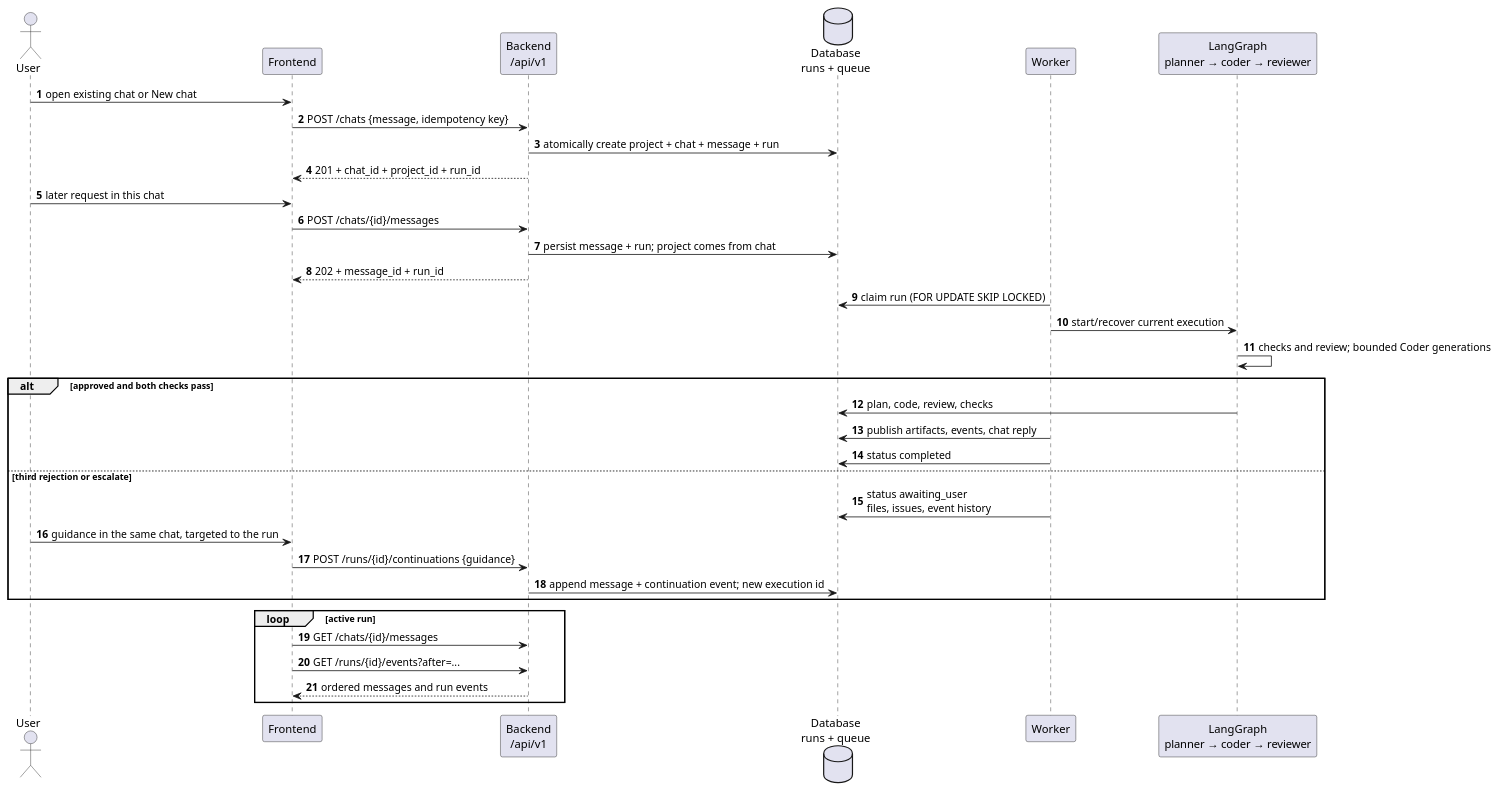
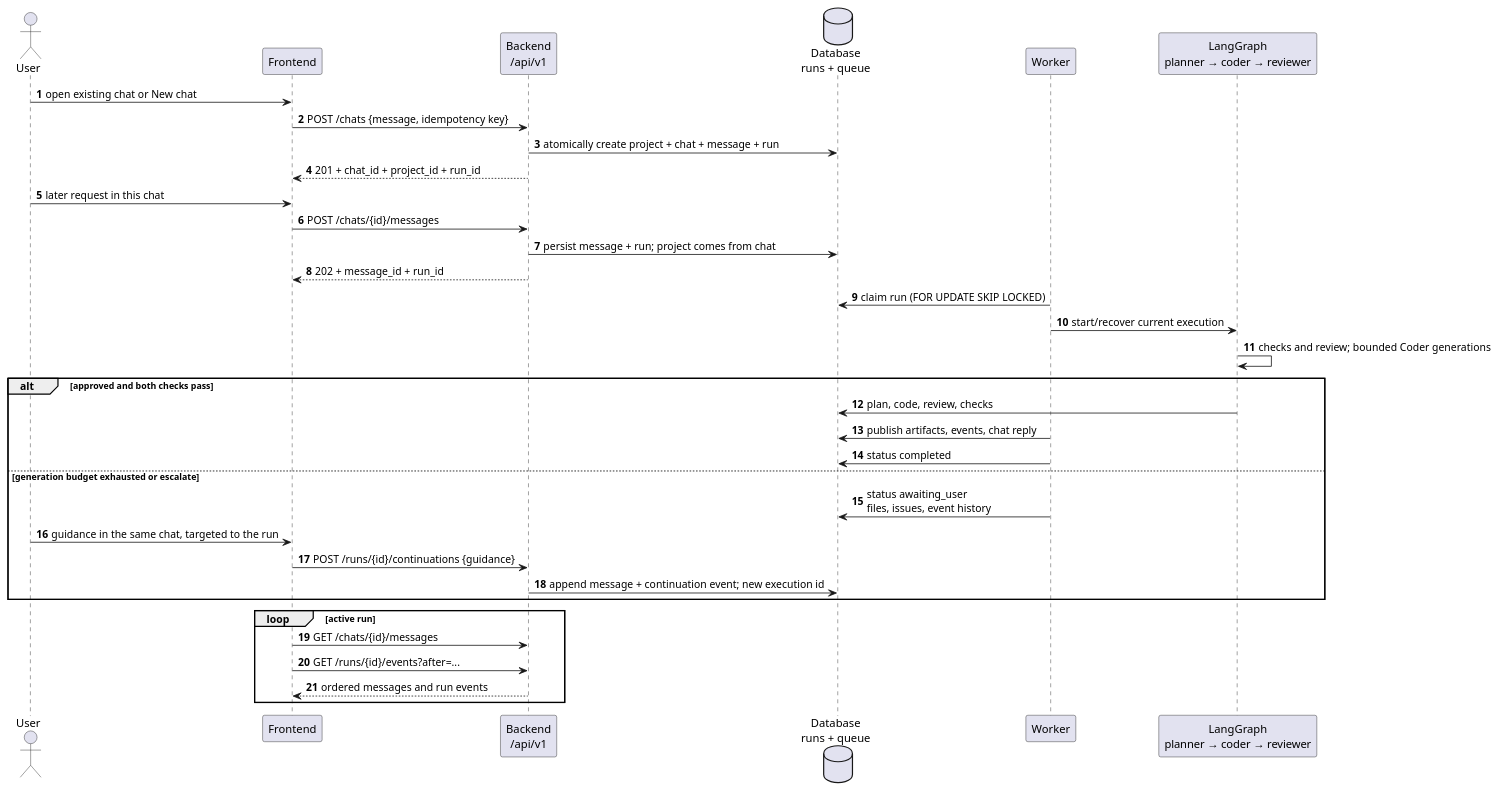
The second of 7 diagrams in docs/architecture.md (gdpe-franco/ai-coding-agent-pipeline), drawn with PlantUML before and after one commit. The commit also changed other lines of this file and 25 other files, not shown here.

````diff
--- a/docs/architecture.md
+++ b/docs/architecture.md
@@ -109,41 +109,41 @@
 ```puml
 @startuml
 !pragma layout smetana
 skinparam backgroundColor white
 skinparam shadowing false
 autonumber
 actor User
 participant "Frontend" as fe
 participant "Backend\n/api/v1" as api
 database "Database\nruns + queue" as db
 participant "Worker" as worker
 participant "LangGraph\nplanner → coder → reviewer" as graph
 
 User -> fe : open existing chat or New chat
 fe -> api : POST /chats {message, idempotency key}
 api -> db : atomically create project + chat + message + run
 api --> fe : 201 + chat_id + project_id + run_id
 User -> fe : later request in this chat
 fe -> api : POST /chats/{id}/messages
 api -> db : persist message + run; project comes from chat
 api --> fe : 202 + message_id + run_id
 worker -> db : claim run (FOR UPDATE SKIP LOCKED)
 worker -> graph : start/recover current execution
 graph -> graph : checks and review; bounded Coder generations
 alt approved and both checks pass
   graph -> db : plan, code, review, checks
   worker -> db : publish artifacts, events, chat reply
   worker -> db : status completed
-else third rejection or escalate
+else generation budget exhausted or escalate
   worker -> db : status awaiting_user\nfiles, issues, event history
   User -> fe : guidance in the same chat, targeted to the run
   fe -> api : POST /runs/{id}/continuations {guidance}
   api -> db : append message + continuation event; new execution id
 end
 loop active run
   fe -> api : GET /chats/{id}/messages
   fe -> api : GET /runs/{id}/events?after=...
   api --> fe : ordered messages and run events
 end
 @enduml
 ```
````
